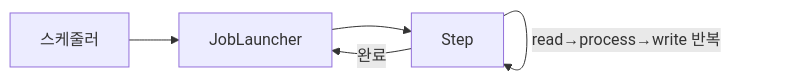
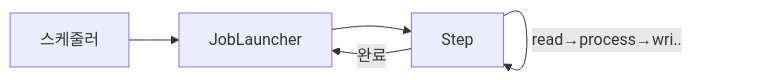
One commit to yjkim2015/yjkim2015.github.io changed the third of 3 diagrams in _posts/batch/2026-05-03-spring-batch-fundamentals.md. Above: the diagram before and after it, drawn with Mermaid. The commit also changed other lines of this file and 132 other files, not shown here.

First line of the commit message:
Mermaid 다이어그램 가독성 정리: 단순 제거, 노드 축소, TD→LR 변환

````diff
--- a/_posts/batch/2026-05-03-spring-batch-fundamentals.md
+++ b/_posts/batch/2026-05-03-spring-batch-fundamentals.md
@@ -228,7 +218,7 @@
 ```mermaid
 graph LR
     SC["스케줄러"] --> JL["JobLauncher"]
     JL --> ST["Step"]
-    ST -->|"read→process→write 반복"| ST
+    ST -->|read→process→wri..| ST
     ST -->|"완료"| JL
 ```
````
